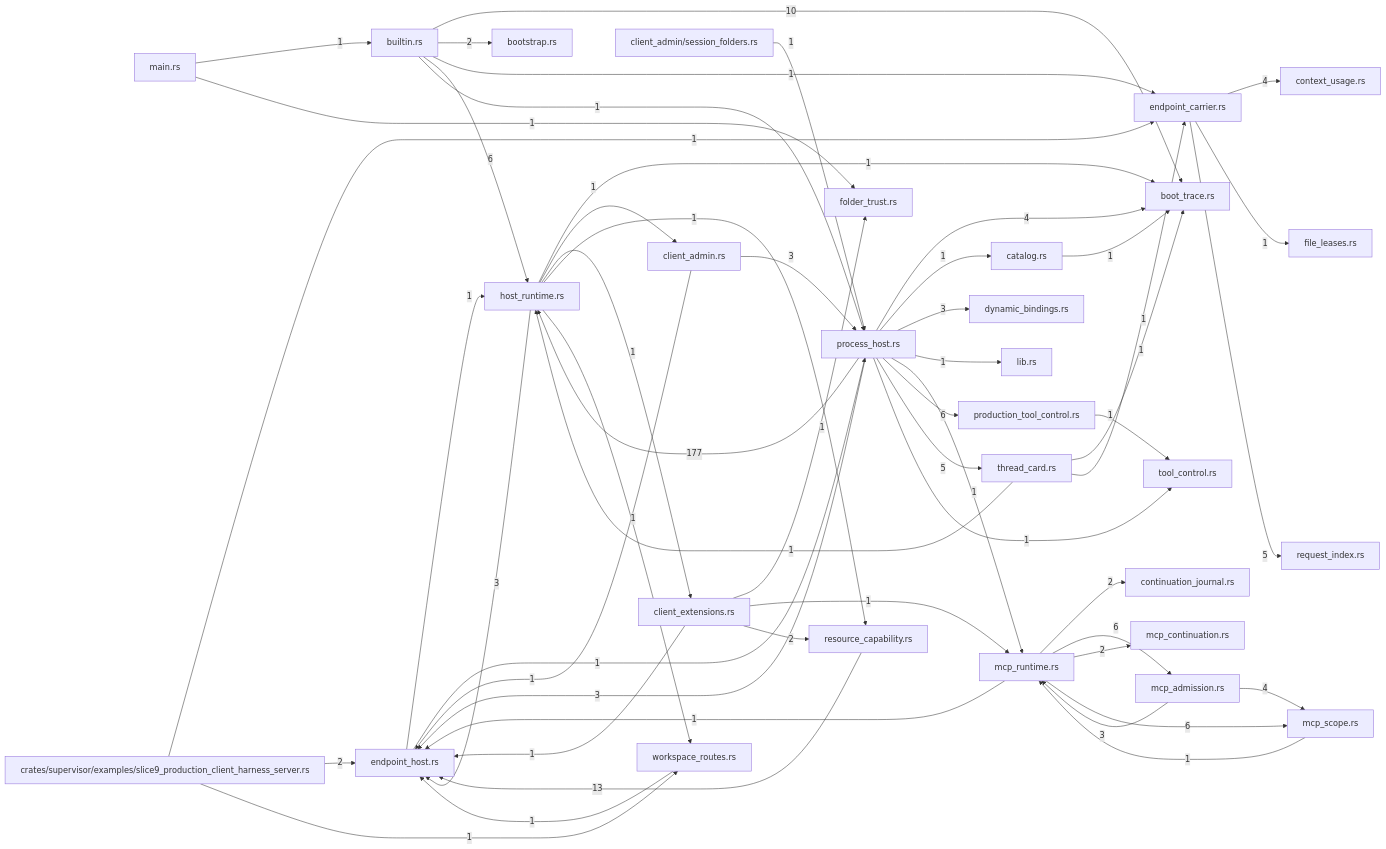
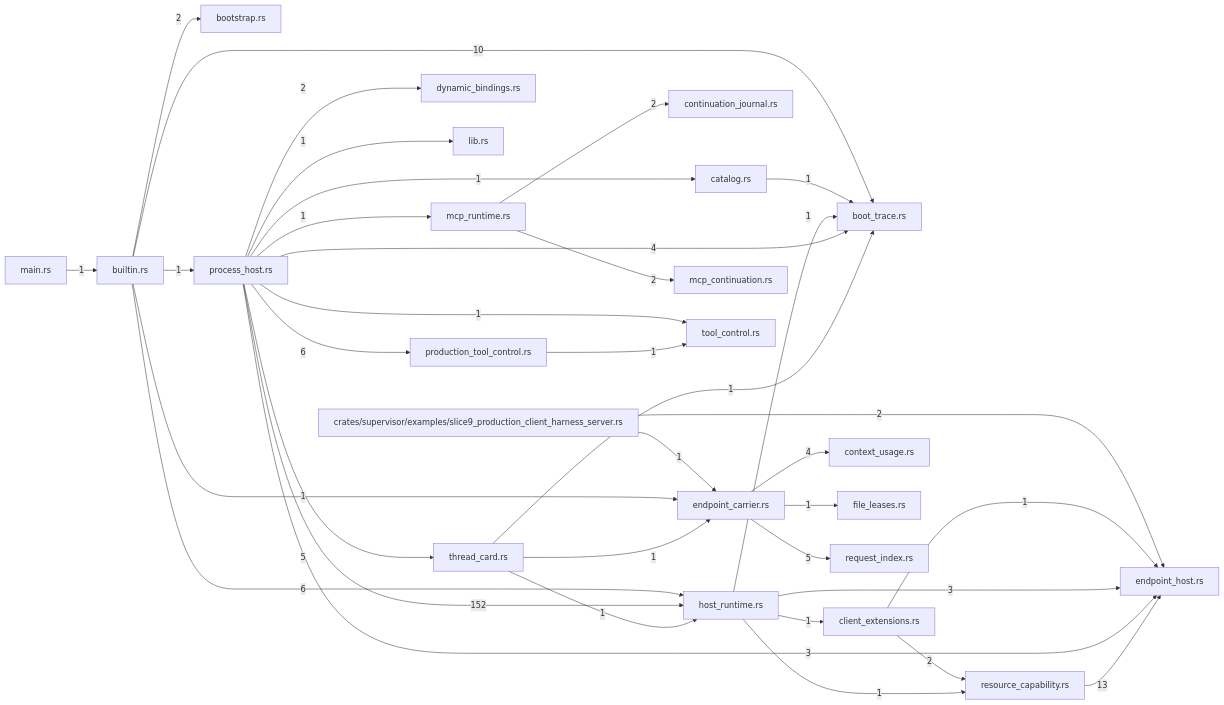
The diagram in crates/supervisor/docs/generated/index.md (TekesApps/TekesKernel), drawn with Mermaid before and after one commit. The commit also changed other lines of this file and 278 other files, not shown here.

First line of the commit message:
refactor(kernel)!: Session execution and host-owned MCP processes (#80)

````diff
--- a/crates/supervisor/docs/generated/index.md
+++ b/crates/supervisor/docs/generated/index.md
@@ -113,81 +99,57 @@
   m2["bootstrap.rs"]
   m3["builtin.rs"]
   m4["catalog.rs"]
-  m5["client_admin.rs"]
-  m6["client_admin/session_folders.rs"]
-  m7["client_extensions.rs"]
-  m8["context_usage.rs"]
-  m9["continuation_journal.rs"]
-  m10["dynamic_bindings.rs"]
-  m11["endpoint_carrier.rs"]
-  m12["endpoint_host.rs"]
-  m13["file_leases.rs"]
-  m14["folder_trust.rs"]
-  m15["host_runtime.rs"]
-  m16["lib.rs"]
-  m17["main.rs"]
-  m18["mcp_admission.rs"]
-  m19["mcp_continuation.rs"]
-  m20["mcp_runtime.rs"]
-  m21["mcp_scope.rs"]
-  m22["process_host.rs"]
-  m23["production_tool_control.rs"]
-  m24["request_index.rs"]
-  m25["resource_capability.rs"]
-  m26["thread_card.rs"]
-  m27["tool_control.rs"]
-  m28["workspace_routes.rs"]
-  m0 -->|"1"| m11
-  m0 -->|"2"| m12
-  m0 -->|"1"| m28
+  m5["client_extensions.rs"]
+  m6["context_usage.rs"]
+  m7["continuation_journal.rs"]
+  m8["dynamic_bindings.rs"]
+  m9["endpoint_carrier.rs"]
+  m10["endpoint_host.rs"]
+  m11["file_leases.rs"]
+  m12["host_runtime.rs"]
+  m13["lib.rs"]
+  m14["main.rs"]
+  m15["mcp_continuation.rs"]
+  m16["mcp_runtime.rs"]
+  m17["process_host.rs"]
+  m18["production_tool_control.rs"]
+  m19["request_index.rs"]
+  m20["resource_capability.rs"]
+  m21["thread_card.rs"]
+  m22["tool_control.rs"]
+  m0 -->|"1"| m9
+  m0 -->|"2"| m10
   m3 -->|"10"| m1
   m3 -->|"2"| m2
-  m3 -->|"1"| m11
-  m3 -->|"6"| m15
-  m3 -->|"1"| m22
+  m3 -->|"1"| m9
+  m3 -->|"6"| m12
+  m3 -->|"1"| m17
   m4 -->|"1"| m1
-  m5 -->|"1"| m12
-  m5 -->|"3"| m22
-  m6 -->|"1"| m22
-  m7 -->|"1"| m12
-  m7 -->|"1"| m14
-  m7 -->|"1"| m20
-  m7 -->|"2"| m25
-  m11 -->|"4"| m8
-  m11 -->|"1"| m13
-  m11 -->|"5"| m24
-  m12 -->|"1"| m15
-  m12 -->|"1"| m22
-  m15 -->|"1"| m1
-  m15 -->|"1"| m5
-  m15 -->|"1"| m7
-  m15 -->|"3"| m12
-  m15 -->|"1"| m25
-  m15 -->|"1"| m28
-  m17 -->|"1"| m3
-  m17 -->|"1"| m14
-  m18 -->|"3"| m20
-  m18 -->|"4"| m21
-  m20 -->|"2"| m9
-  m20 -->|"1"| m12
-  m20 -->|"6"| m18
-  m20 -->|"2"| m19
-  m20 -->|"6"| m21
-  m21 -->|"1"| m20
-  m22 -->|"4"| m1
-  m22 -->|"1"| m4
-  m22 -->|"3"| m10
-  m22 -->|"3"| m12
-  m22 -->|"177"| m15
-  m22 -->|"1"| m16
-  m22 -->|"1"| m20
-  m22 -->|"6"| m23
-  m22 -->|"5"| m26
-  m22 -->|"1"| m27
-  m23 -->|"1"| m27
-  m25 -->|"13"| m12
-  m26 -->|"1"| m1
-  m26 -->|"1"| m11
-  m26 -->|"1"| m15
-  m28 -->|"1"| m12
+  m5 -->|"1"| m10
+  m5 -->|"2"| m20
+  m9 -->|"4"| m6
+  m9 -->|"1"| m11
+  m9 -->|"5"| m19
+  m12 -->|"1"| m1
+  m12 -->|"1"| m5
+  m12 -->|"3"| m10
+  m12 -->|"1"| m20
+  m14 -->|"1"| m3
+  m16 -->|"2"| m7
+  m16 -->|"2"| m15
+  m17 -->|"4"| m1
+  m17 -->|"1"| m4
+  m17 -->|"2"| m8
+  m17 -->|"3"| m10
+  m17 -->|"152"| m12
+  m17 -->|"1"| m13
+  m17 -->|"1"| m16
+  m17 -->|"6"| m18
+  m17 -->|"5"| m21
+  m17 -->|"1"| m22
+  m18 -->|"1"| m22
+  m20 -->|"13"| m10
+  m21 -->|"1"| m1
+  m21 -->|"1"| m9
+  m21 -->|"1"| m12
 ```
````
